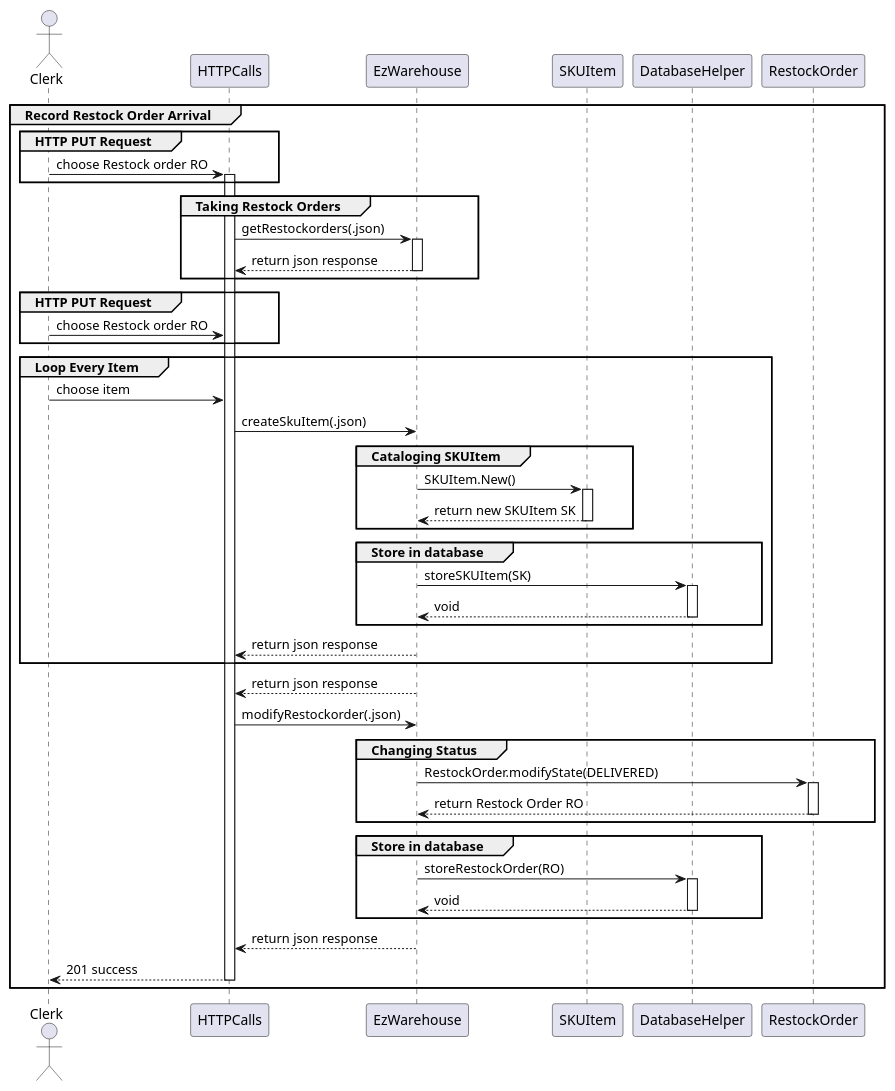
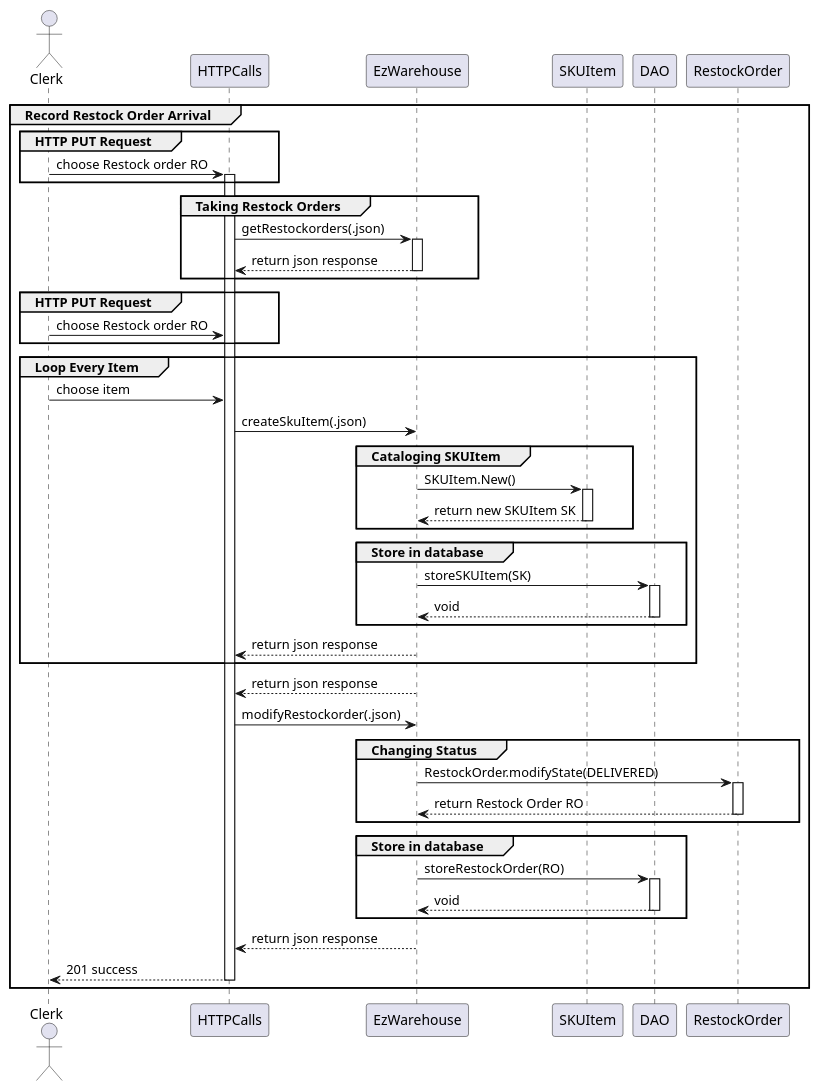
The tenth of 19 diagrams in DESIGN PART/DesignDocument.md (DavideArcolini/SoftEng_garbageCollector), drawn with PlantUML before and after one commit. The commit also changed other lines of this file, not shown here.

````diff
--- a/DESIGN PART/DesignDocument.md
+++ b/DESIGN PART/DesignDocument.md
@@ -659,71 +590,71 @@
 ```plantuml
 @startuml
 actor Clerk 
 participant HTTPCalls
 participant EzWarehouse
 participant SKUItem
-participant DatabaseHelper
+participant DAO
 
 group Record Restock Order Arrival
 group HTTP PUT Request
 Clerk->HTTPCalls: choose Restock order RO
 activate HTTPCalls
 end
 
 group Taking Restock Orders
 HTTPCalls->EzWarehouse:   getRestockorders(.json)
 activate EzWarehouse
 EzWarehouse-->HTTPCalls: return json response
 deactivate EzWarehouse
 end
 
 group HTTP PUT Request
 Clerk->HTTPCalls: choose Restock order RO
 end
 group Loop Every Item
 Clerk->HTTPCalls: choose item
 HTTPCalls->EzWarehouse:   createSkuItem(.json)
 
 group Cataloging SKUItem
 EzWarehouse->SKUItem: SKUItem.New()
 activate SKUItem
 SKUItem-->EzWarehouse: return new SKUItem SK
 deactivate SKUItem
 end
 
 group Store in database
-EzWarehouse->DatabaseHelper: storeSKUItem(SK)
-activate DatabaseHelper
-DatabaseHelper-->EzWarehouse: void
-deactivate DatabaseHelper
+EzWarehouse->DAO: storeSKUItem(SK)
+activate DAO
+DAO-->EzWarehouse: void
+deactivate DAO
 end
 
 EzWarehouse-->HTTPCalls: return json response
 deactivate EzWarehouse
 end
 
 EzWarehouse-->HTTPCalls: return json response
 HTTPCalls->EzWarehouse: modifyRestockorder(.json)
 
 group Changing Status
 EzWarehouse->RestockOrder: RestockOrder.modifyState(DELIVERED)
 activate RestockOrder
 RestockOrder-->EzWarehouse: return Restock Order RO
 deactivate RestockOrder
 end
 
 group Store in database
-EzWarehouse->DatabaseHelper: storeRestockOrder(RO)
-activate DatabaseHelper
-DatabaseHelper-->EzWarehouse: void
-deactivate DatabaseHelper
+EzWarehouse->DAO: storeRestockOrder(RO)
+activate DAO
+DAO-->EzWarehouse: void
+deactivate DAO
 end
 
 EzWarehouse-->HTTPCalls: return json response
 deactivate EzWarehouse
 
 HTTPCalls-->Clerk: 201 success
 deactivate HTTPCalls
 end
 @enduml
 ```
````
